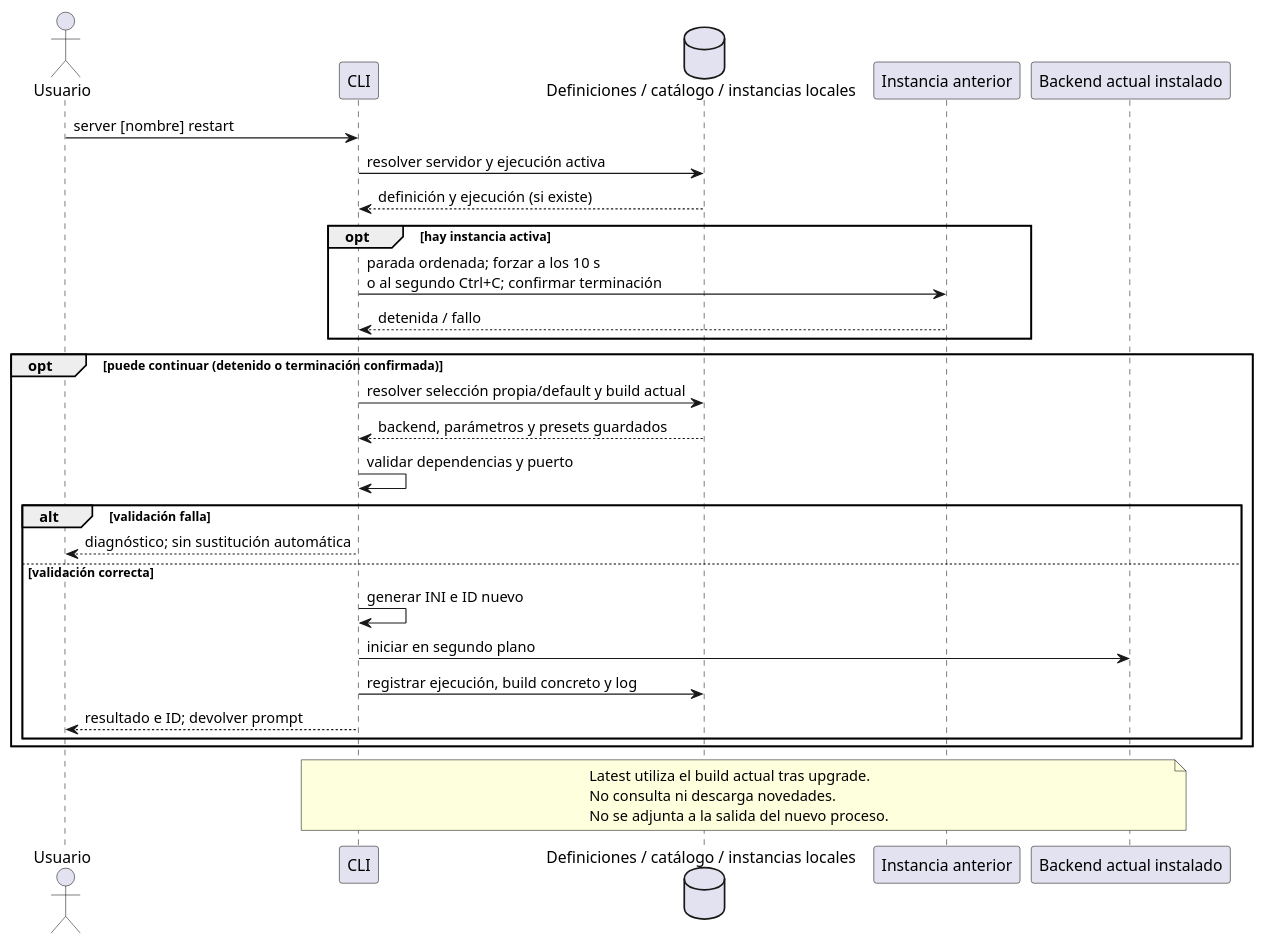
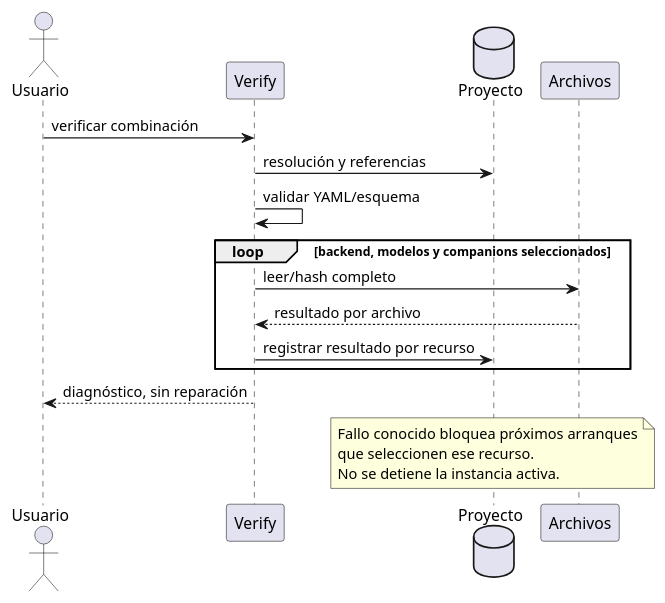
Before and after one commit to mstranich/coquena: the third of 5 diagrams in docs/secuencias.md, drawn with PlantUML. The commit also changed other lines of this file and 60 other files, not shown here.

````diff
--- a/docs/secuencias.md
+++ b/docs/secuencias.md
@@ -708,34 +102,22 @@
 ```plantuml
 @startuml
 actor Usuario
-participant CLI
-database "Definiciones / catálogo / instancias locales" as I
-participant "Instancia anterior" as A
-participant "Backend actual instalado" as B
-Usuario -> CLI : server [nombre] restart
-CLI -> I : resolver servidor y ejecución activa
-I --> CLI : definición y ejecución (si existe)
-opt hay instancia activa
-  CLI -> A : parada ordenada; forzar a los 10 s\no al segundo Ctrl+C; confirmar terminación
-  A --> CLI : detenida / fallo
+participant Verify
+database Proyecto
+participant Archivos
+Usuario -> Verify : verificar combinación
+Verify -> Proyecto : resolución y referencias
+Verify -> Verify : validar YAML/esquema
+loop backend, modelos y companions seleccionados
+Verify -> Archivos : leer/hash completo
+Archivos --> Verify : resultado por archivo
+Verify -> Proyecto : registrar resultado por recurso
 end
-opt puede continuar (detenido o terminación confirmada)
-  CLI -> I : resolver selección propia/default y build actual
-  I --> CLI : backend, parámetros y presets guardados
-  CLI -> CLI : validar dependencias y puerto
-  alt validación falla
-    CLI --> Usuario : diagnóstico; sin sustitución automática
-  else validación correcta
-    CLI -> CLI : generar INI e ID nuevo
-    CLI -> B : iniciar en segundo plano
-    CLI -> I : registrar ejecución, build concreto y log
-    CLI --> Usuario : resultado e ID; devolver prompt
-  end
-end
-note over CLI,B
-  Latest utiliza el build actual tras upgrade.
-  No consulta ni descarga novedades.
-  No se adjunta a la salida del nuevo proceso.
+Verify --> Usuario : diagnóstico, sin reparación
+note over Proyecto
+Fallo conocido bloquea próximos arranques
+que seleccionen ese recurso.
+No se detiene la instancia activa.
 end note
 @enduml
 ```
````
